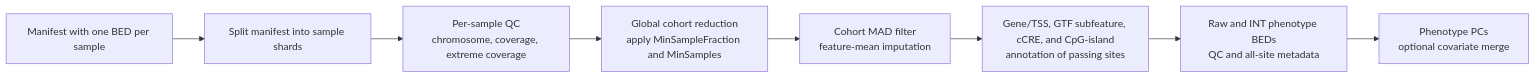
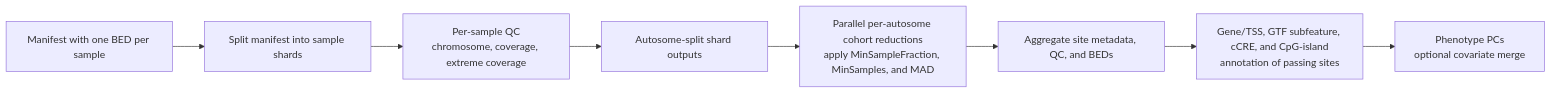
Before and after one commit to AoU-Multiomics-Analysis/prepare_QTL: the diagram in docs/methylation-qtl.md, drawn with Mermaid. The commit also changed other lines of this file and 6 other files, not shown here.

````diff
--- a/docs/methylation-qtl.md
+++ b/docs/methylation-qtl.md
@@ -37,10 +37,10 @@
 ```mermaid
 flowchart LR
     A["Manifest with one BED per sample"] --> B["Split manifest into sample shards"]
     B --> C["Per-sample QC\nchromosome, coverage, extreme coverage"]
-    C --> D["Global cohort reduction\napply MinSampleFraction and MinSamples"]
-    D --> E["Cohort MAD filter\nfeature-mean imputation"]
-    E --> F["Gene/TSS, GTF subfeature, cCRE, and CpG-island\nannotation of passing sites"]
-    F --> G["Raw and INT phenotype BEDs\nQC and all-site metadata"]
+    C --> D["Autosome-split shard outputs"]
+    D --> E["Parallel per-autosome cohort reductions\napply MinSampleFraction, MinSamples, and MAD"]
+    E --> F["Aggregate site metadata, QC, and BEDs"]
+    F --> G["Gene/TSS, GTF subfeature, cCRE, and CpG-island\nannotation of passing sites"]
     G --> H["Phenotype PCs\noptional covariate merge"]
 ```
````
